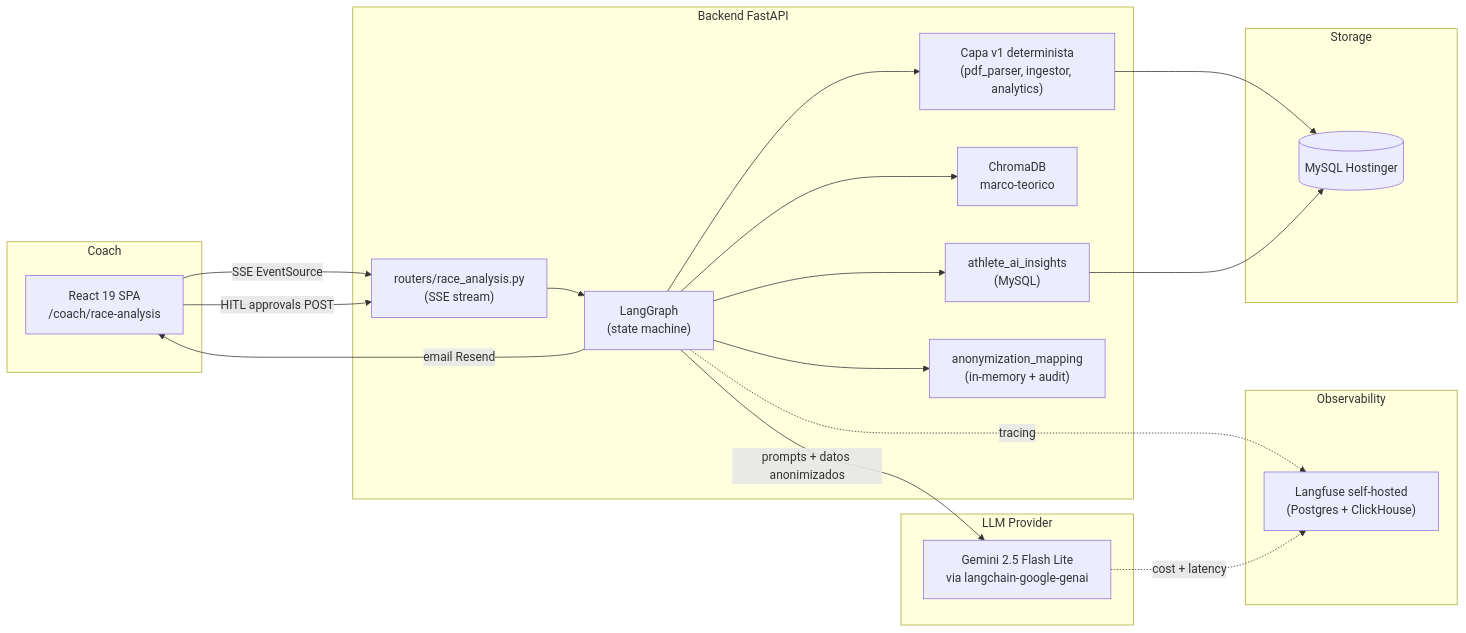
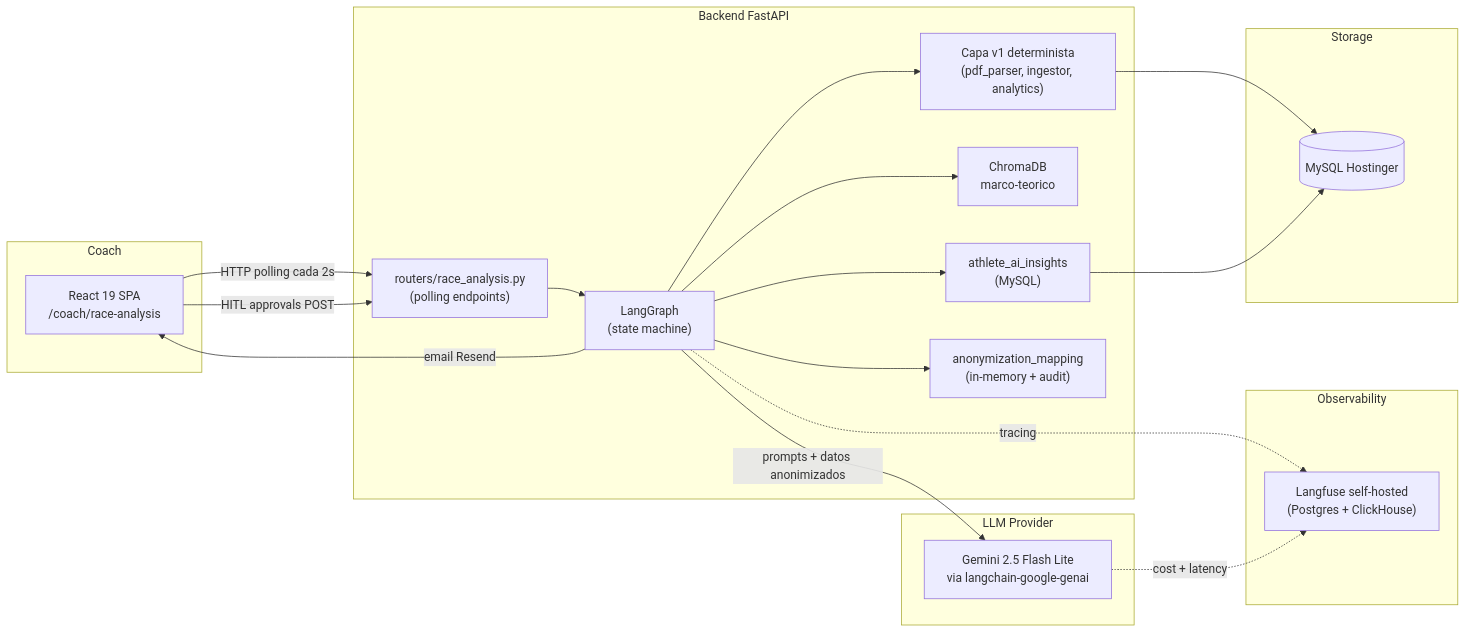
One commit to Club-Deportivo-Trocha-y-Ruta/mi changed the first of 3 diagrams in docs/10-race-results/v2-agentic-design.md. Above: the diagram before and after it, drawn with Mermaid. The commit also changed other lines of this file and 1 other file, not shown here.

First line of the commit message:
docs(race-results): descarta SSE en favor de polling cada 2s

````diff
--- a/docs/10-race-results/v2-agentic-design.md
+++ b/docs/10-race-results/v2-agentic-design.md
@@ -65,37 +65,37 @@
 ```mermaid
 flowchart LR
     subgraph "Coach"
         UI["React 19 SPA<br/>/coach/race-analysis"]
     end
     subgraph "Backend FastAPI"
-        ROUTER["routers/race_analysis.py<br/>(SSE stream)"]
+        ROUTER["routers/race_analysis.py<br/>(polling endpoints)"]
         GRAPH["LangGraph<br/>(state machine)"]
         DET["Capa v1 determinista<br/>(pdf_parser, ingestor, analytics)"]
         RAG["ChromaDB<br/>marco-teorico"]
         MEM["athlete_ai_insights<br/>(MySQL)"]
         ANON["anonymization_mapping<br/>(in-memory + audit)"]
     end
     subgraph "LLM Provider"
         LLM["Gemini 2.5 Flash Lite<br/>via langchain-google-genai"]
     end
     subgraph "Observability"
         LF["Langfuse self-hosted<br/>(Postgres + ClickHouse)"]
     end
     subgraph "Storage"
         DB[(MySQL Hostinger)]
     end
 
-    UI -->|SSE EventSource| ROUTER
+    UI -->|HTTP polling cada 2s| ROUTER
     UI -->|HITL approvals POST| ROUTER
     ROUTER --> GRAPH
     GRAPH --> DET
     DET --> DB
     GRAPH --> RAG
     GRAPH --> MEM
     MEM --> DB
     GRAPH --> ANON
     GRAPH -->|prompts + datos anonimizados| LLM
     GRAPH -.tracing.-> LF
     LLM -.cost + latency.-> LF
     GRAPH -->|email Resend| UI
 ```
````
